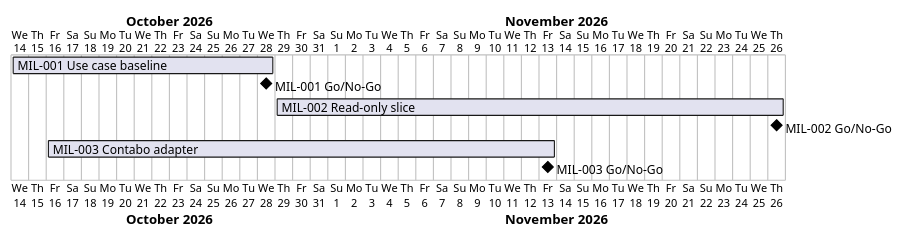
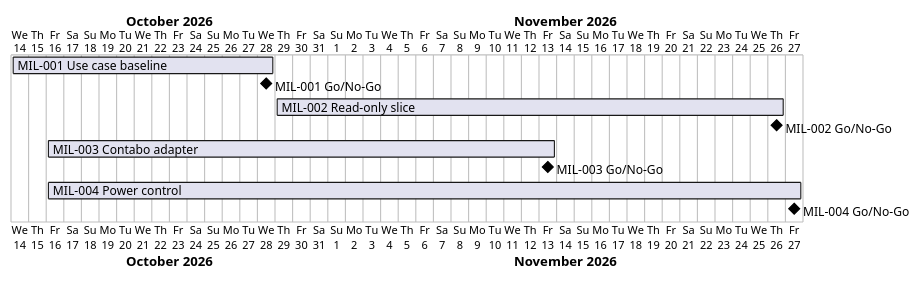
One commit to TirSystem/iac-node-forge changed the diagram in docs/project-plan.md. Above: the diagram before and after it, drawn with PlantUML. The commit also changed other lines of this file and 2 other files, not shown here.

First line of the commit message:
Plan MIL-004: power control

````diff
--- a/docs/project-plan.md
+++ b/docs/project-plan.md
@@ -47,11 +50,13 @@
 ```plantuml
 @startgantt
 Project starts 2026-10-14
 [MIL-001 Use case baseline] starts 2026-10-14 and ends 2026-10-28
 [MIL-001 Go/No-Go] happens 2026-10-28
 [MIL-002 Read-only slice] starts 2026-10-29 and ends 2026-11-26
 [MIL-002 Go/No-Go] happens 2026-11-26
 [MIL-003 Contabo adapter] starts 2026-10-16 and ends 2026-11-13
 [MIL-003 Go/No-Go] happens 2026-11-13
+[MIL-004 Power control] starts 2026-10-16 and ends 2026-11-27
+[MIL-004 Go/No-Go] happens 2026-11-27
 @endgantt
 ```
````
